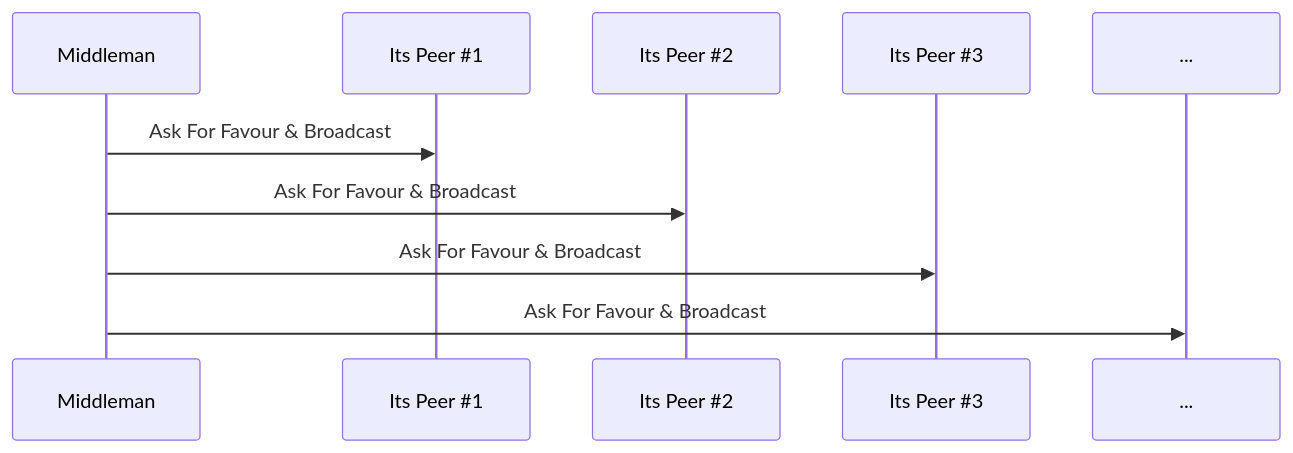
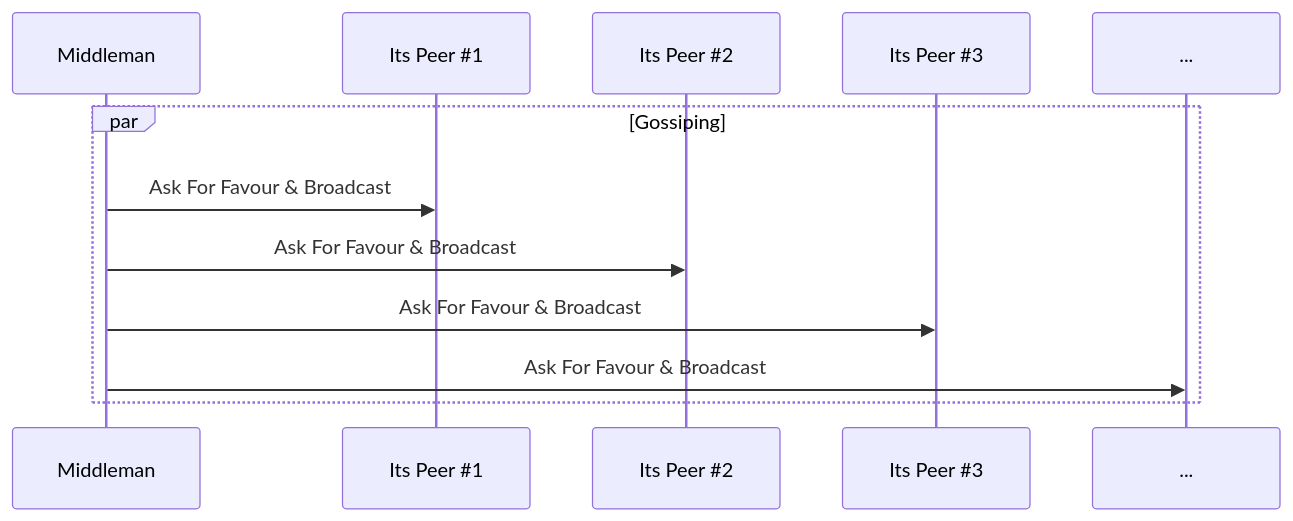
Before and after one commit to DontTrustVerifyOrg/gig-gossip: the third of 4 diagrams in whitepaper/protocol.md, drawn with Mermaid. The commit also changed other lines of this file, not shown here.

````diff
--- a/whitepaper/protocol.md
+++ b/whitepaper/protocol.md
@@ -116,7 +118,9 @@
 ```mermaid
 sequenceDiagram
+par Gossiping
     Middleman->>Its Peer #1: Ask For Favour & Broadcast
     Middleman->>Its Peer #2: Ask For Favour & Broadcast
     Middleman->>Its Peer #3: Ask For Favour & Broadcast
     Middleman->>...:Ask For Favour & Broadcast
+end
 ```
````
